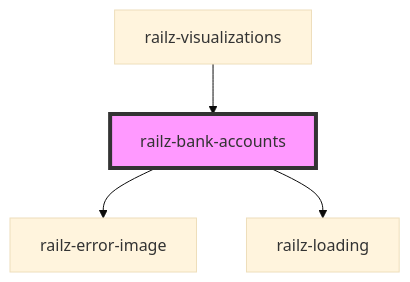
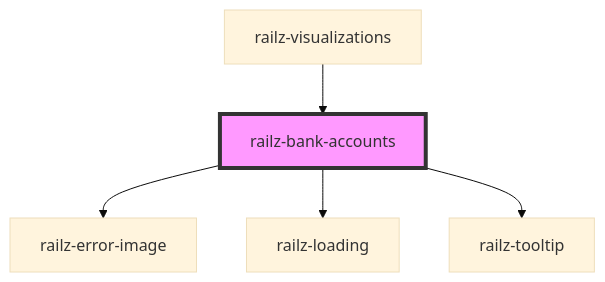
One commit to railz-ai/railz-visualizations changed the diagram in packages/components/src/elements/bank-accounts/readme.md. Above: the diagram before and after it, drawn with Mermaid (base theme). The commit also changed other lines of this file and 11 other files, not shown here.

````diff
--- a/packages/components/src/elements/bank-accounts/readme.md
+++ b/packages/components/src/elements/bank-accounts/readme.md
@@ -26,7 +27,8 @@
 ```mermaid
 graph TD;
   railz-bank-accounts --> railz-error-image
   railz-bank-accounts --> railz-loading
+  railz-bank-accounts --> railz-tooltip
   railz-visualizations --> railz-bank-accounts
   style railz-bank-accounts fill:#f9f,stroke:#333,stroke-width:4px
 ```
````
